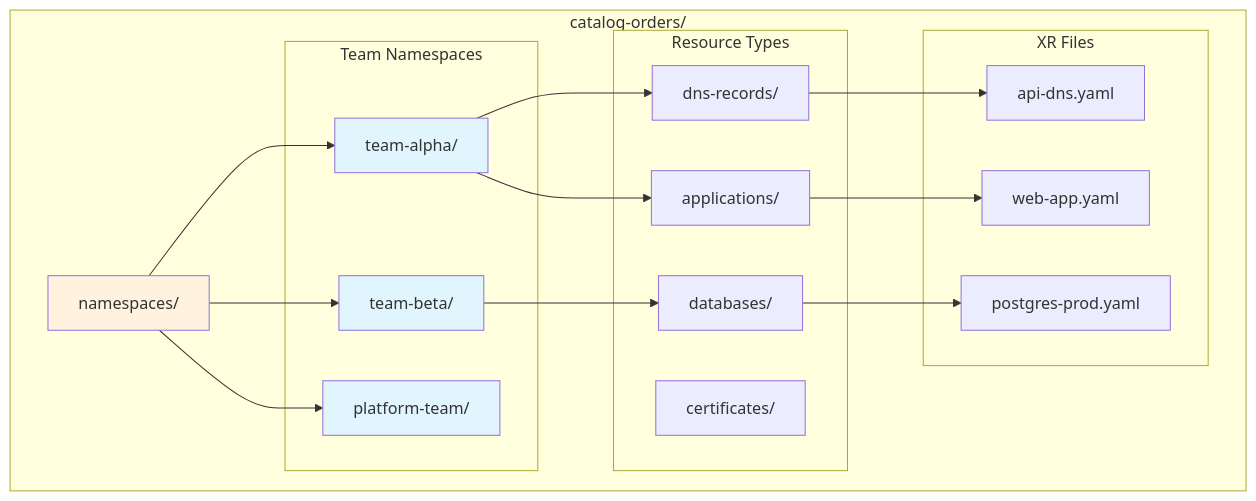
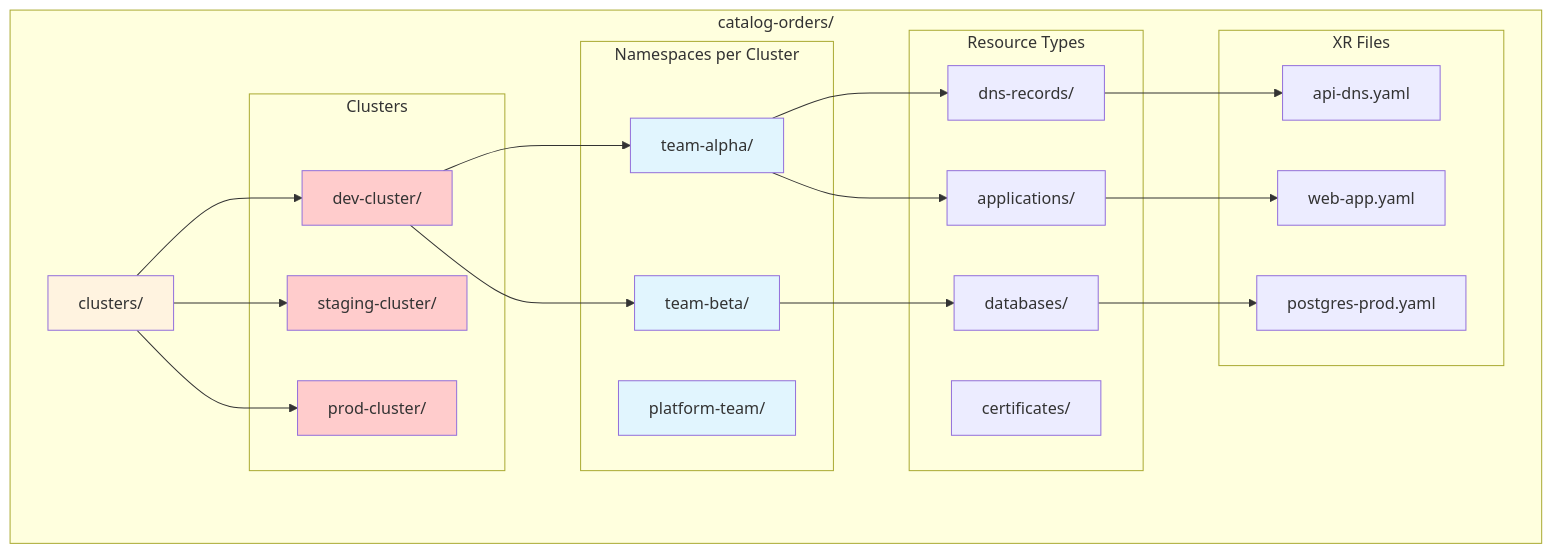
Before and after one commit to open-service-portal/portal-workspace: diagram 17 of 20 in docs/workflow.md, drawn with Mermaid. The commit also changed other lines of this file, not shown here.

First line of the commit message:
fix: update catalog-orders structure to be cluster-scoped

````diff
--- a/docs/workflow.md
+++ b/docs/workflow.md
@@ -631,40 +639,51 @@
 ```mermaid
 graph TB
     subgraph "catalog-orders/"
-        ROOT[namespaces/]
+        ROOT[clusters/]
         
-        subgraph "Team Namespaces"
+        subgraph "Clusters"
+            C1[dev-cluster/]
+            C2[staging-cluster/]
+            C3[prod-cluster/]
+        end
+        
+        subgraph "Namespaces per Cluster"
             NS1[team-alpha/]
             NS2[team-beta/]
             NS3[platform-team/]
         end
         
         subgraph "Resource Types"
             RT1[dns-records/]
             RT2[applications/]
             RT3[databases/]
             RT4[certificates/]
         end
         
         subgraph "XR Files"
             XR1[api-dns.yaml]
             XR2[web-app.yaml]
             XR3[postgres-prod.yaml]
         end
     end
     
-    ROOT --> NS1
-    ROOT --> NS2
-    ROOT --> NS3
+    ROOT --> C1
+    ROOT --> C2
+    ROOT --> C3
+    C1 --> NS1
+    C1 --> NS2
     NS1 --> RT1
     NS1 --> RT2
     RT1 --> XR1
     RT2 --> XR2
     NS2 --> RT3
     RT3 --> XR3
     
     style ROOT fill:#fff3e0
+    style C1 fill:#ffcccc
+    style C2 fill:#ffcccc
+    style C3 fill:#ffcccc
     style NS1 fill:#e1f5fe
     style NS2 fill:#e1f5fe
     style NS3 fill:#e1f5fe
 ```
````
